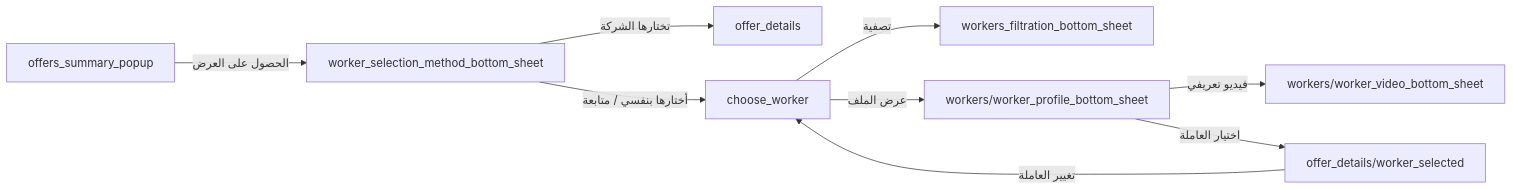
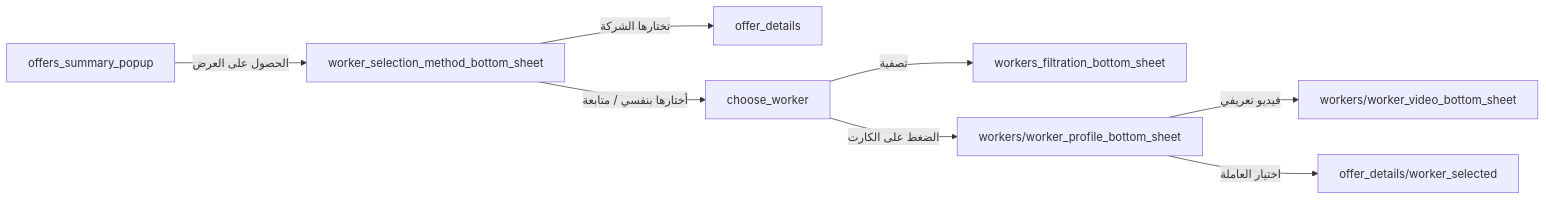
The diagram in project/decisions/0008-monthly-worker-selection-flow.md (mmsanad7/belkhedma), drawn with Mermaid before and after one commit. The commit also changed 9 other files, not shown here.

Commit message:
Remove buttons from worker card; card tap opens profile; drop change-worker (decision 0016)

````diff
--- a/project/decisions/0008-monthly-worker-selection-flow.md
+++ b/project/decisions/0008-monthly-worker-selection-flow.md
@@ -24,11 +24,11 @@
 ```mermaid
 flowchart LR
     P["offers_summary_popup"] -->|"الحصول على العرض"| M["worker_selection_method_bottom_sheet"]
     M -->|"تختارها الشركة"| OD["offer_details"]
     M -->|"أختارها بنفسي / متابعة"| CW["choose_worker"]
     CW -->|"تصفية"| F["workers_filtration_bottom_sheet"]
-    CW -->|"عرض الملف"| PR["workers/worker_profile_bottom_sheet"]
+    CW -->|"الضغط على الكارت"| PR["workers/worker_profile_bottom_sheet"]
     PR -->|"فيديو تعريفي"| VID["workers/worker_video_bottom_sheet"]
     PR -->|"اختيار العاملة"| ODS["offer_details/worker_selected"]
-    ODS -->|"تغيير العاملة"| CW
+    %% «تغيير العاملة» اتشال (قرار 0016)
 ```
````
